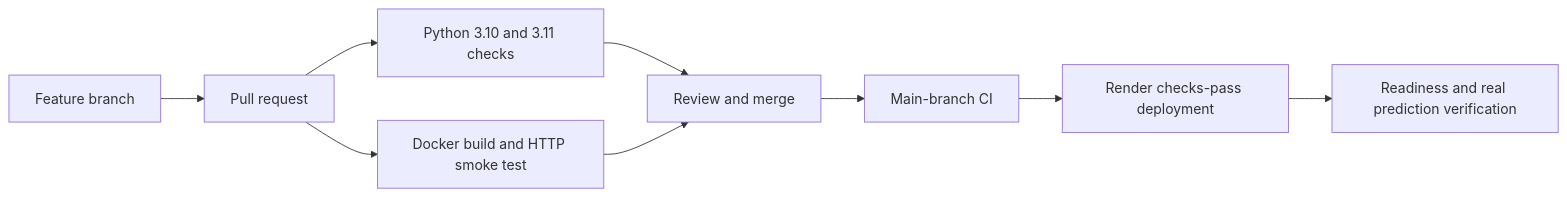
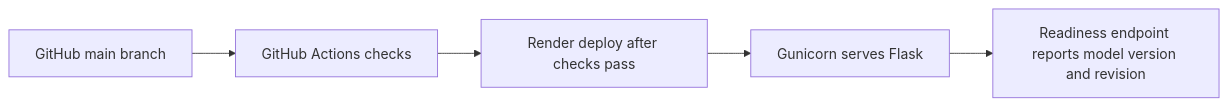
The fifth of 5 diagrams in README.md (subhashdixit/credit-risk-classifier), drawn with Mermaid before and after one commit. The commit also changed other lines of this file and 1 other file, not shown here.

Commit message:
Document project architecture and add app screenshot (#5)

````diff
--- a/README.md
+++ b/README.md
@@ -305,11 +221,7 @@
 ```mermaid
 flowchart LR
-    A[Feature branch] --> B[Pull request]
-    B --> C[Python 3.10 and 3.11 checks]
-    B --> D[Docker build and HTTP smoke test]
-    C --> E[Review and merge]
-    D --> E
-    E --> F[Main-branch CI]
-    F --> G[Render checks-pass deployment]
-    G --> H[Readiness and real prediction verification]
+    Git[GitHub main branch] --> CI[GitHub Actions checks]
+    CI --> Render[Render deploy after checks pass]
+    Render --> WSGI[Gunicorn serves Flask]
+    WSGI --> Health[Readiness endpoint reports model version and revision]
 ```
````
